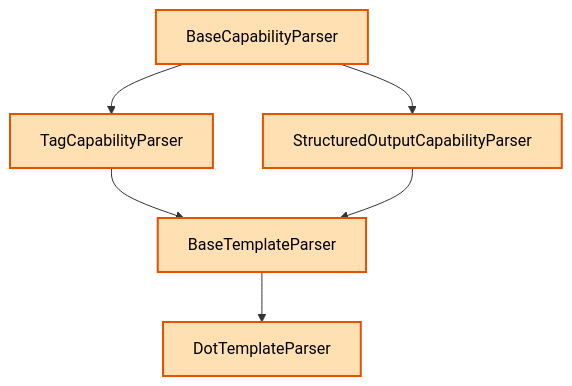
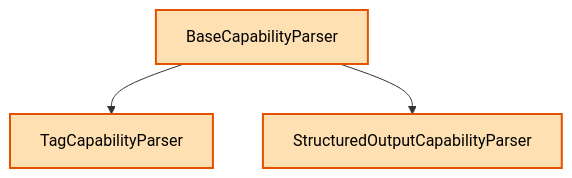
The fourth of 9 diagrams in README.md (liamzdenek/ferment-ai), drawn with Mermaid before and after one commit. The commit also changed other lines of this file, not shown here.

Commit message:
docs: Readme, better samples, separate Cap Parser/Templ Parser

````diff
--- a/README.md
+++ b/README.md
@@ -163,16 +191,10 @@
 ```mermaid
 flowchart TB
     classDef parserClass fill:#ffe0b2,stroke:#e65100,stroke-width:2px,color:#000000
     
     BaseCapabilityParser[BaseCapabilityParser]
     BaseCapabilityParser --> TagCapabilityParser[TagCapabilityParser]
     BaseCapabilityParser --> StructuredOutputCapabilityParser[StructuredOutputCapabilityParser]
     
-    BaseTemplateParser[BaseTemplateParser]
-    BaseTemplateParser --> DotTemplateParser[DotTemplateParser]
-    
-    TagCapabilityParser --> BaseTemplateParser
-    StructuredOutputCapabilityParser --> BaseTemplateParser
-    
-    class BaseCapabilityParser,TagCapabilityParser,StructuredOutputCapabilityParser,BaseTemplateParser,DotTemplateParser parserClass
+    class BaseCapabilityParser,TagCapabilityParser,StructuredOutputCapabilityParser parserClass
 ```
````
